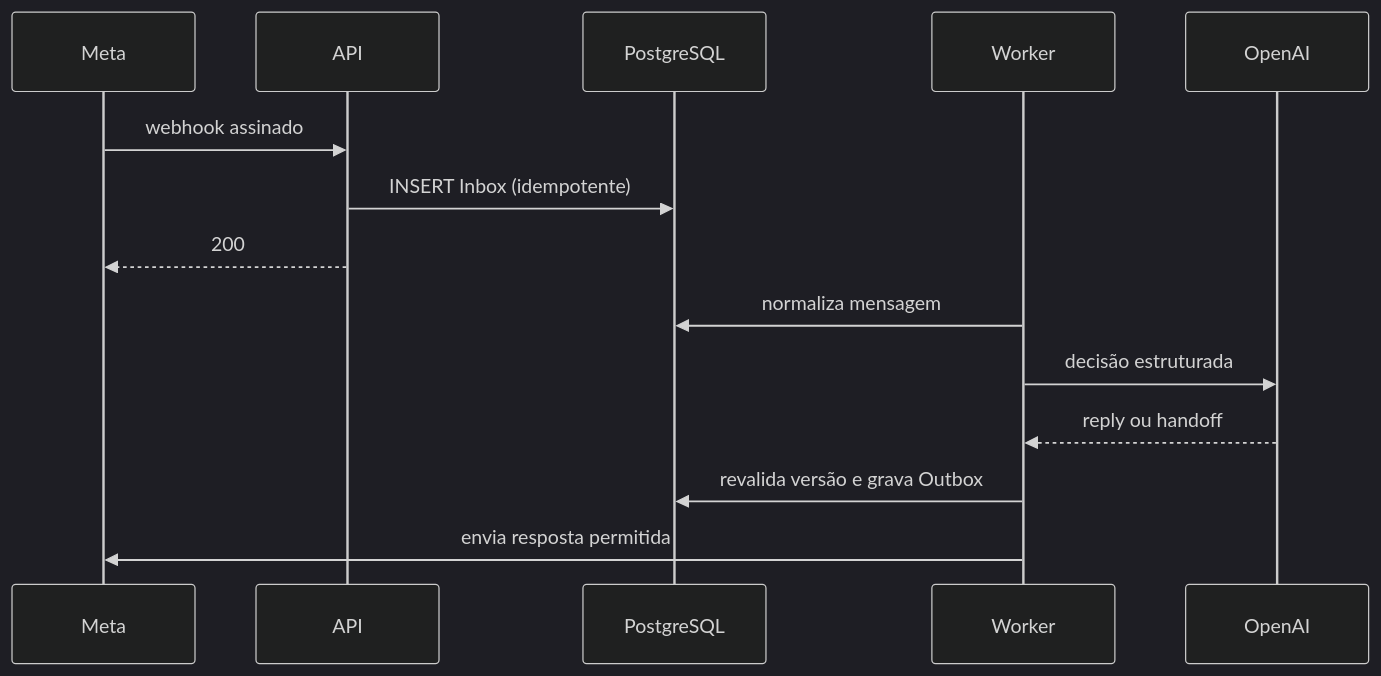
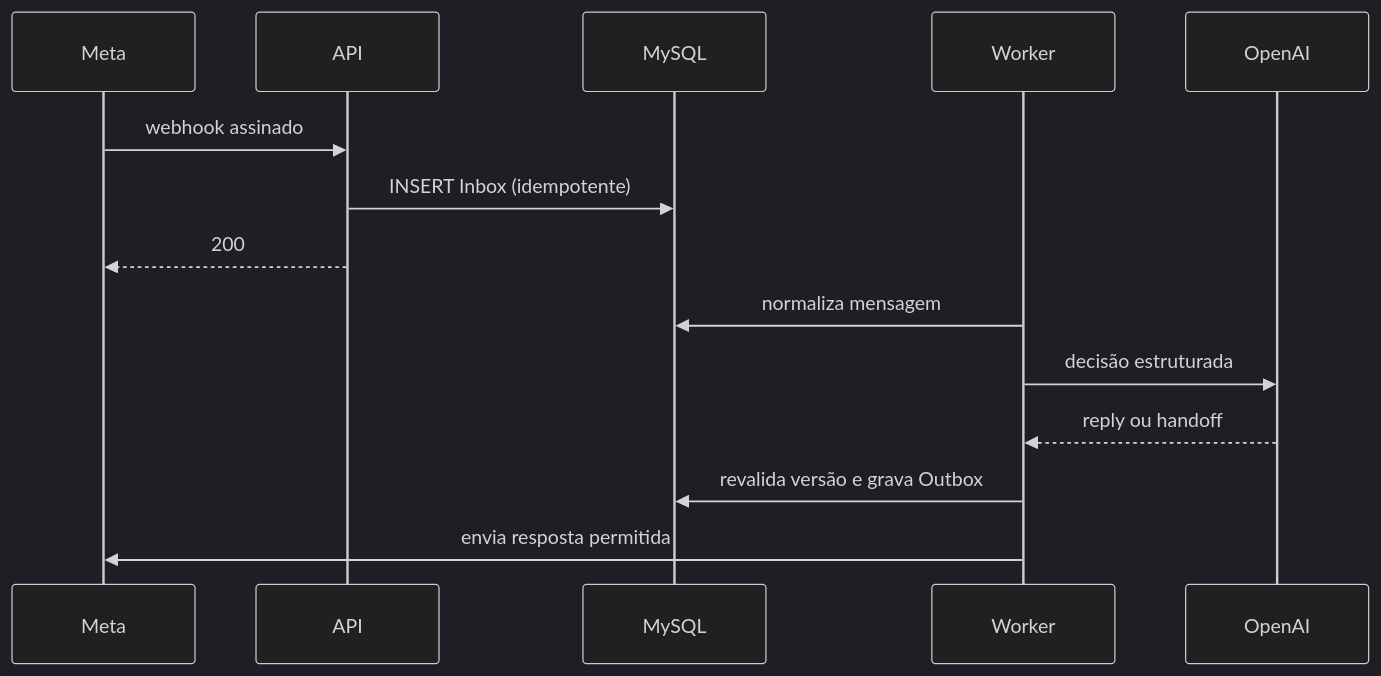
One commit to MelqueLord/WhatsAppAI changed the fourth of 4 diagrams in docs/architecture/architecture.md. Above: the diagram before and after it, drawn with Mermaid (dark theme). The commit also changed other lines of this file and 18 other files, not shown here.

````diff
--- a/docs/architecture/architecture.md
+++ b/docs/architecture/architecture.md
@@ -45,16 +45,16 @@
 ```mermaid
 sequenceDiagram
   participant M as Meta
   participant A as API
-  participant D as PostgreSQL
+  participant D as MySQL
   participant W as Worker
   participant O as OpenAI
   M->>A: webhook assinado
   A->>D: INSERT Inbox (idempotente)
   A-->>M: 200
   W->>D: normaliza mensagem
   W->>O: decisão estruturada
   O-->>W: reply ou handoff
   W->>D: revalida versão e grava Outbox
   W->>M: envia resposta permitida
 ```
````
